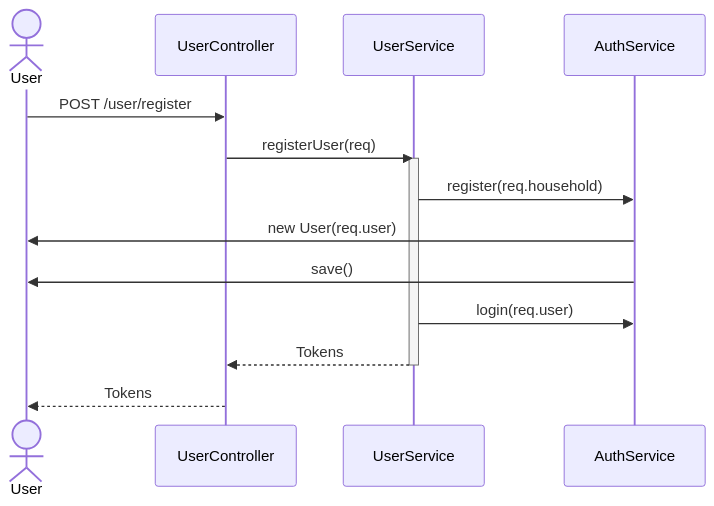
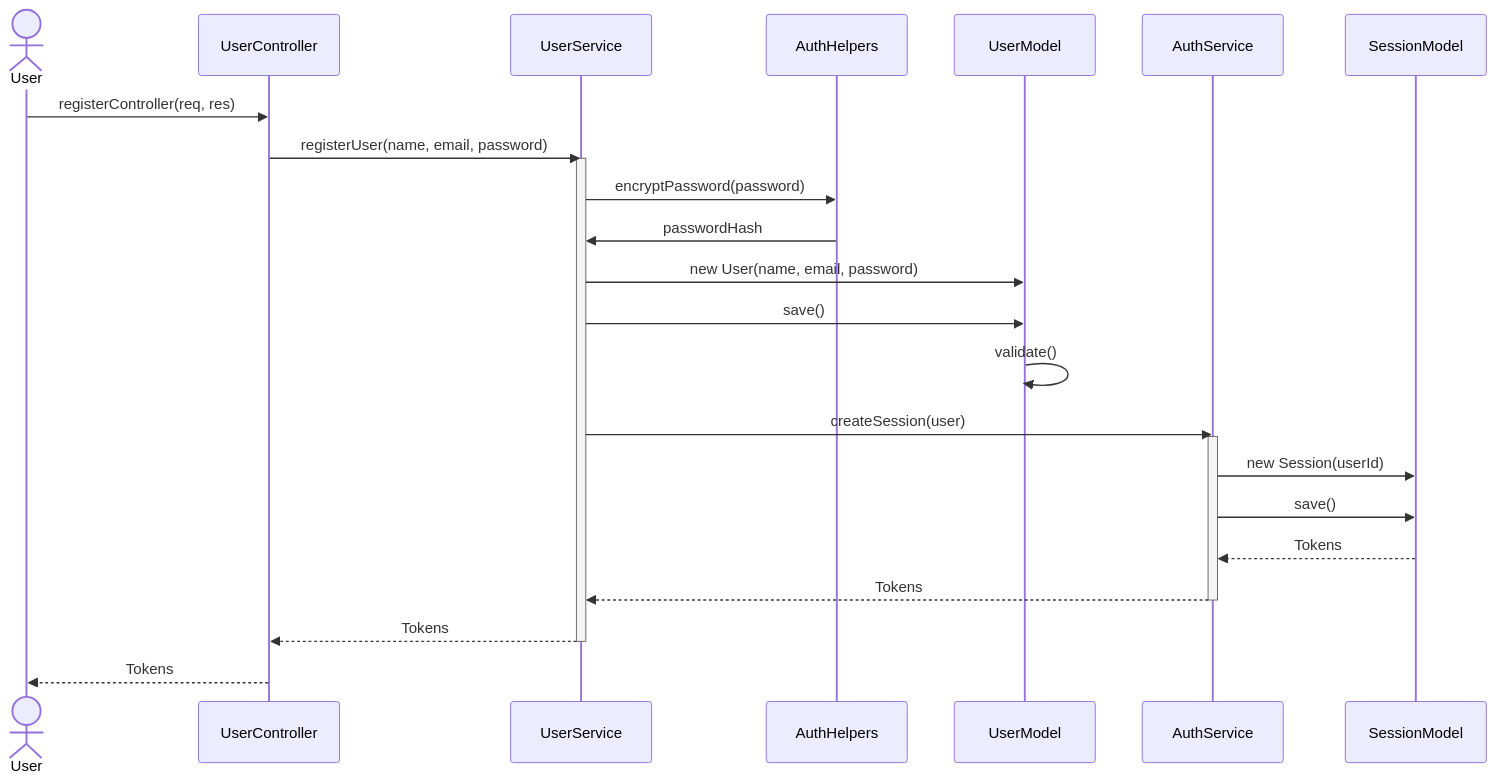
One commit to danielplan/wastend changed the second of 7 diagrams in docs/user-journeys.md. Above: the diagram before and after it, drawn with Mermaid. The commit also changed other lines of this file and 4 other files, not shown here.

Commit message:
updated diagrams

````diff
--- a/docs/user-journeys.md
+++ b/docs/user-journeys.md
@@ -35,14 +35,22 @@
 ```mermaid
 sequenceDiagram
     actor User
-    User ->> UserController: POST /user/register
-    UserController ->> UserService: registerUser(req)
+    User ->> UserController: registerController(req, res)
+    UserController ->> UserService: registerUser(name, email, password)
     activate UserService
-    UserService ->> AuthService: register(req.household)
-    AuthService ->> User: new User(req.user)
-    AuthService ->> User: save()
-    UserService ->> AuthService: login(req.user)
+    UserService ->> AuthHelpers: encryptPassword(password)
+    AuthHelpers ->> UserService: passwordHash
+    UserService ->> UserModel: new User(name, email, password)
+    UserService ->> UserModel: save()
+    UserModel ->> UserModel: validate()
+    UserService ->> AuthService: createSession(user)
+    activate AuthService
+    AuthService ->> SessionModel: new Session(userId)
+    AuthService ->> SessionModel: save()
+    SessionModel -->> AuthService: Tokens
+    AuthService -->> UserService: Tokens
+    deactivate AuthService
     UserService -->> UserController: Tokens
     deactivate UserService
     UserController -->> User: Tokens
 ```
````
